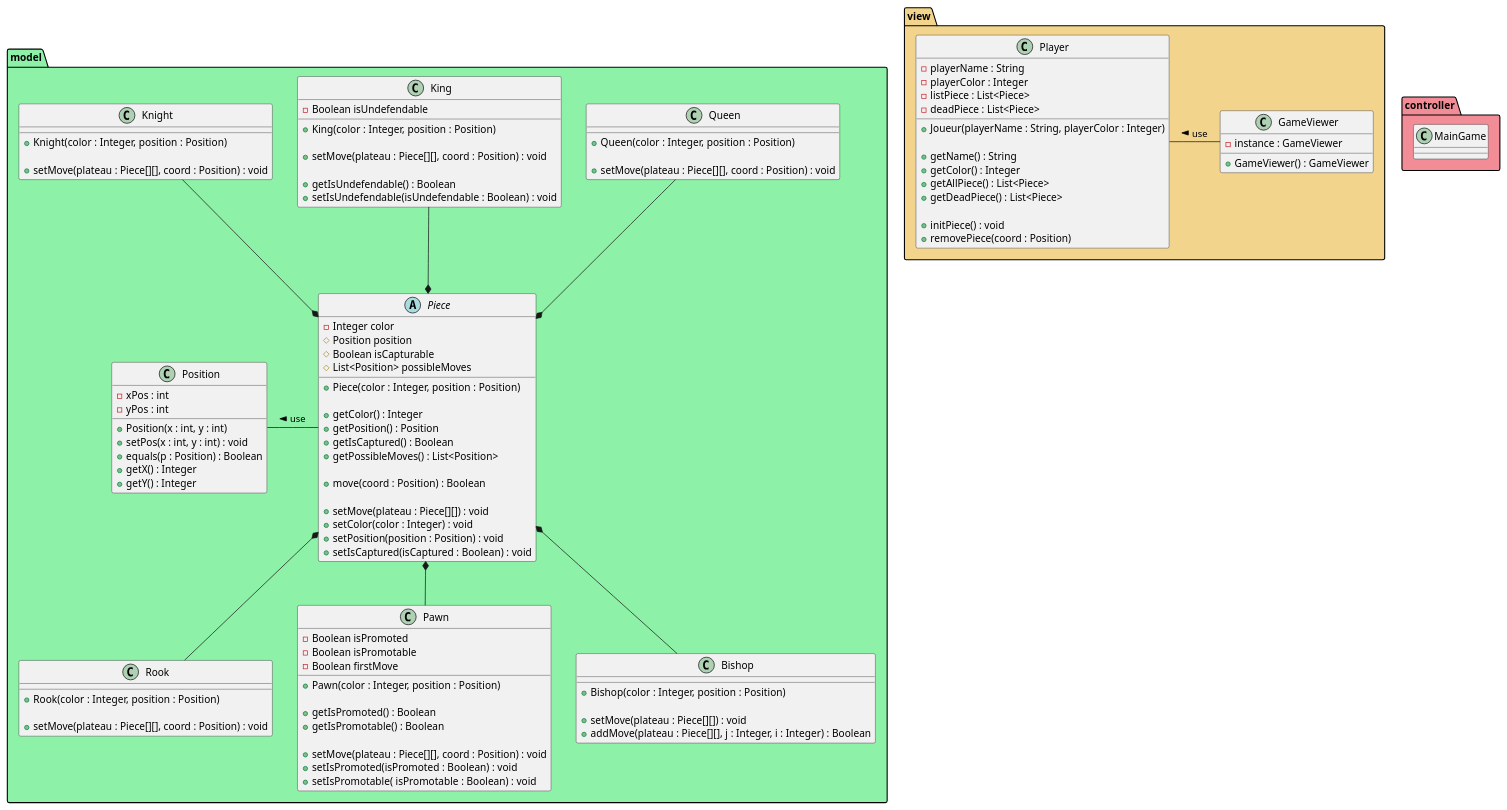
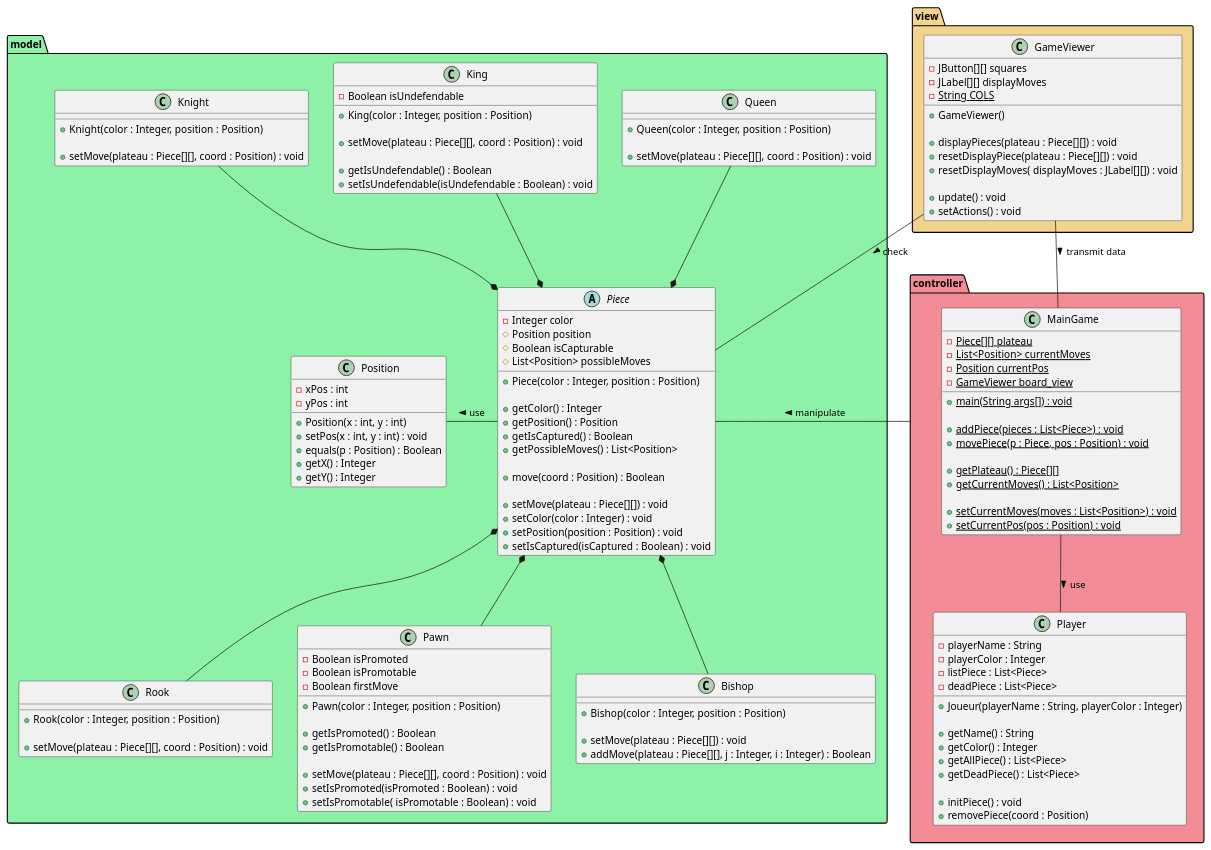
The diagram in uml/Class_Diagram_Chessgame.puml (Lienub/ChessGame), drawn with PlantUML before and after one commit. The commit also changed 9 other files, not shown here.

Commit message:
- Modification UML

```diff
--- a/uml/Class_Diagram_Chessgame.puml
+++ b/uml/Class_Diagram_Chessgame.puml
@@ -1,138 +1,171 @@
 @startuml
 /'=================================
   ===          MODEL            ===
   ================================='/
 package model #8df2a8{
     abstract class Piece {
         - Integer color
         # Position position
         # Boolean isCapturable
         # List<Position> possibleMoves
 
         + Piece(color : Integer, position : Position)
 
         + getColor() : Integer
         + getPosition() : Position
         + getIsCaptured() : Boolean
         + getPossibleMoves() : List<Position>
 
         + move(coord : Position) : Boolean
 
         + setMove(plateau : Piece[][]) : void
         + setColor(color : Integer) : void
         + setPosition(position : Position) : void
         + setIsCaptured(isCaptured : Boolean) : void
 
     }
 
     class Position{
         - xPos : int
         - yPos : int
 
         + Position(x : int, y : int)
         + setPos(x : int, y : int) : void
         + equals(p : Position) : Boolean
         + getX() : Integer
         + getY() : Integer
     }
 
     class Queen{
         + Queen(color : Integer, position : Position)
 
         + setMove(plateau : Piece[][], coord : Position) : void
     }
 
     class Rook{
         + Rook(color : Integer, position : Position)
 
         + setMove(plateau : Piece[][], coord : Position) : void
     }
 
     class Pawn{
         - Boolean isPromoted
         - Boolean isPromotable
         - Boolean firstMove
 
         + Pawn(color : Integer, position : Position)
 
         + getIsPromoted() : Boolean
         + getIsPromotable() : Boolean
 
         + setMove(plateau : Piece[][], coord : Position) : void
         + setIsPromoted(isPromoted : Boolean) : void
         + setIsPromotable( isPromotable : Boolean) : void
     }
 
     class King{
         - Boolean isUndefendable
 
         + King(color : Integer, position : Position)
 
         + setMove(plateau : Piece[][], coord : Position) : void
 
         + getIsUndefendable() : Boolean
         + setIsUndefendable(isUndefendable : Boolean) : void
     }
 
     class Bishop{
         + Bishop(color : Integer, position : Position)
 
         + setMove(plateau : Piece[][]) : void
         + addMove(plateau : Piece[][], j : Integer, i : Integer) : Boolean
     }
 
     class Knight{
         + Knight(color : Integer, position : Position)
 
         + setMove(plateau : Piece[][], coord : Position) : void
     }
 }
 /'=================================
   ===        CONTROLLER         ===
   ================================='/
 package controller #f28d97{
     class MainGame{
+        - {static} Piece[][] plateau
+        - {static} List<Position> currentMoves
+        - {static} Position currentPos
+        - {static} GameViewer board_view
+
+        + {static} main(String args[]) : void
+
+        + {static} addPiece(pieces : List<Piece>) : void
+        + {static} movePiece(p : Piece, pos : Position) : void
+
+        + {static} getPlateau() : Piece[][]
+        + {static} getCurrentMoves() : List<Position>
+
+        + {static} setCurrentMoves(moves : List<Position>) : void
+        + {static} setCurrentPos(pos : Position) : void
+
     }
+
+    class Player {
+            - playerName : String
+            - playerColor : Integer
+            - listPiece : List<Piece>
+            - deadPiece : List<Piece>
+
+            + Joueur(playerName : String, playerColor : Integer)
+
+            + getName() : String
+            + getColor() : Integer
+            + getAllPiece() : List<Piece>
+            + getDeadPiece() : List<Piece>
+
+            + initPiece() : void
+            + removePiece(coord : Position)
+        }
 }
 /'=================================
   ===           VIEW            ===
   ================================='/
 package view #f2d48d{
-    class Player {
-        - playerName : String
-        - playerColor : Integer
-        - listPiece : List<Piece>
-        - deadPiece : List<Piece>
 
-        + Joueur(playerName : String, playerColor : Integer)
-
-        + getName() : String
-        + getColor() : Integer
-        + getAllPiece() : List<Piece>
-        + getDeadPiece() : List<Piece>
-
-        + initPiece() : void
-        + removePiece(coord : Position)
-    }
 
     class GameViewer {
-        - instance : GameViewer
+        - JButton[][] squares
+        - JLabel[][] displayMoves
+        - {static} String COLS
 
-        + GameViewer() : GameViewer
+        + GameViewer()
+
+        + displayPieces(plateau : Piece[][]) : void
+        + resetDisplayPiece(plateau : Piece[][]) : void
+        + resetDisplayMoves( displayMoves : JLabel[][]) : void
+
+        + update() : void
+        + setActions() : void
+
     }
 }
 /'=================================
   ===          LINKS            ===
   ================================='/
+
 Position - Piece : use <
+
+MainGame -d- Player : use >
+controller - Piece : manipulate >
+GameViewer -- Piece : check >
+GameViewer - MainGame : transmit data  >
 
 Knight --* Piece
 Piece *-- Pawn
 Piece *-- Bishop
 Piece *-- Rook
 King --* Piece
 Piece *-u- Queen
 
 
-GameViewer -l- Player : use >
 @enduml
```
